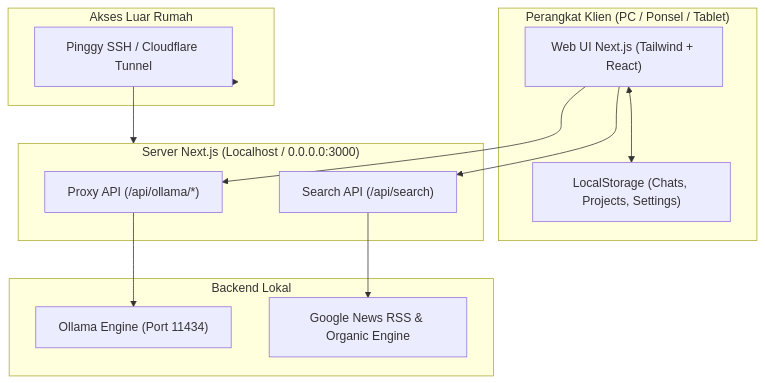
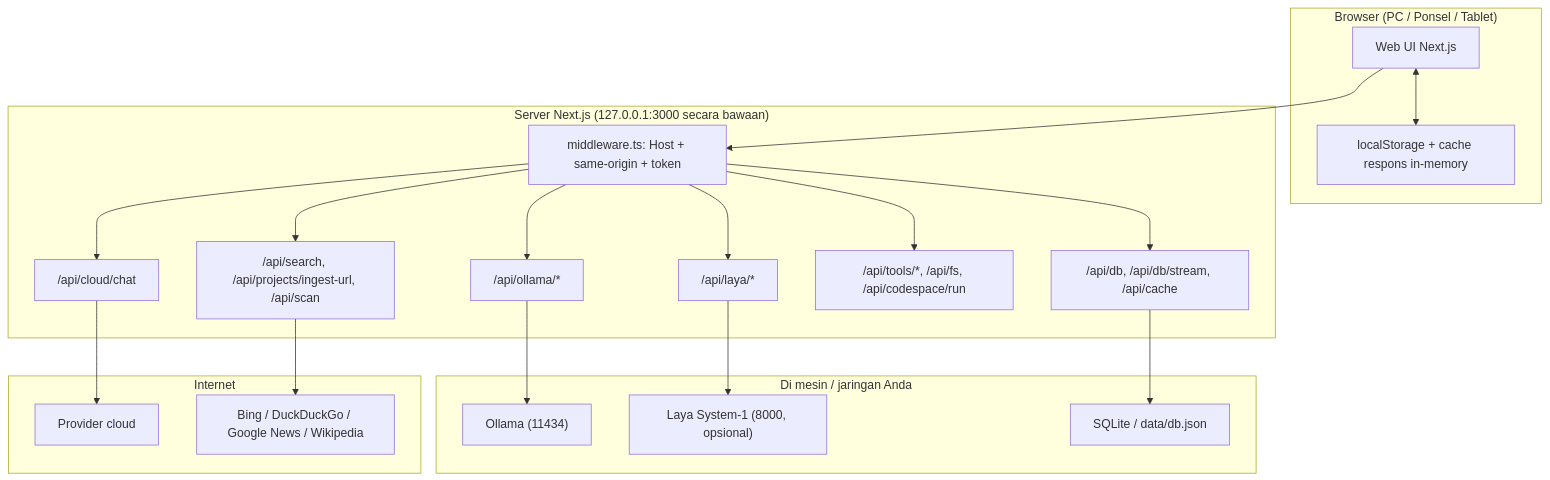
Before and after one commit to p3nr0s3/castalia: the diagram in DOCUMENTATION.md, drawn with Mermaid. The commit also changed other lines of this file and 72 other files, not shown here.

````diff
--- a/DOCUMENTATION.md
+++ b/DOCUMENTATION.md
@@ -141,26 +54,37 @@
 ```mermaid
 graph TD
-    subgraph Klien ["Perangkat Klien (PC / Ponsel / Tablet)"]
-        UI["Web UI Next.js (Tailwind + React)"]
-        Storage["LocalStorage (Chats, Projects, Settings)"]
+    subgraph Klien ["Browser (PC / Ponsel / Tablet)"]
+        UI["Web UI Next.js"]
+        Local["localStorage + cache respons in-memory"]
     end
 
-    subgraph ServerNext ["Server Next.js (Localhost / 0.0.0.0:3000)"]
-        Proxy["Proxy API (/api/ollama/*)"]
-        SearchRoute["Search API (/api/search)"]
+    subgraph Server ["Server Next.js (127.0.0.1:3000 secara bawaan)"]
+        MW["middleware.ts: Host + same-origin + token"]
+        OllamaProxy["/api/ollama/*"]
+        LayaProxy["/api/laya/*"]
+        Cloud["/api/cloud/chat"]
+        Search["/api/search, /api/projects/ingest-url, /api/scan"]
+        Tools["/api/tools/*, /api/fs, /api/codespace/run"]
+        DB["/api/db, /api/db/stream, /api/cache"]
     end
 
-    subgraph BackendLocal ["Backend Lokal"]
-        Ollama["Ollama Engine (Port 11434)"]
-        WebEngine["Google News RSS & Organic Engine"]
+    subgraph Backend ["Di mesin / jaringan Anda"]
+        Ollama["Ollama (11434)"]
+        Laya["Laya System-1 (8000, opsional)"]
+        Disk["SQLite / data/db.json"]
     end
 
-    subgraph JaringanLuar ["Akses Luar Rumah"]
-        Tunnel["Pinggy SSH / Cloudflare Tunnel"]
+    subgraph Internet
+        Providers["Provider cloud"]
+        Web["Bing / DuckDuckGo / Google News / Wikipedia"]
     end
 
-    UI <--> Storage
-    UI --> Proxy --> Ollama
-    UI --> SearchRoute --> WebEngine
-    JaringanLuar --> Tunnel --> ServerNext
+    UI --> MW
+    MW --> OllamaProxy --> Ollama
+    MW --> LayaProxy --> Laya
+    MW --> Cloud --> Providers
+    MW --> Search --> Web
+    MW --> Tools
+    MW --> DB --> Disk
+    UI <--> Local
 ```
````
